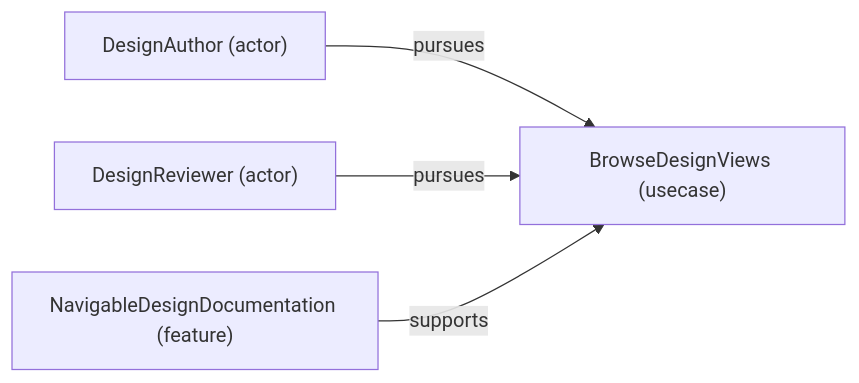
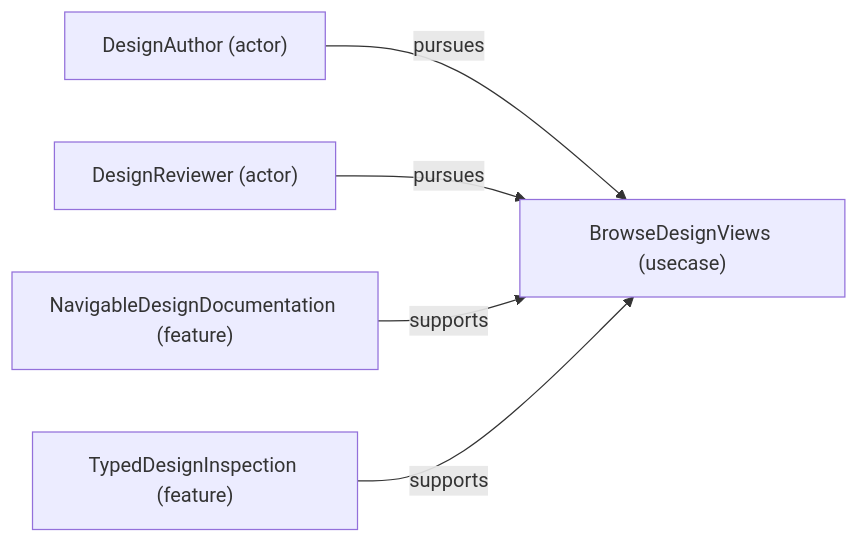
One commit to Hans-Einar/SDP changed the diagram in SDUI/design/viewpoints/diagrams/VP01-BrowseDesignViews.mmd. Above: the diagram before and after it, drawn with Mermaid. The commit also changed 38 other files, not shown here.

First line of the commit message:
[G6-D2] Plan level-based navigation and semantic diagram notation

```diff
--- a/SDUI/design/viewpoints/diagrams/VP01-BrowseDesignViews.mmd
+++ b/SDUI/design/viewpoints/diagrams/VP01-BrowseDesignViews.mmd
@@ -1,8 +1,10 @@
 flowchart LR
     n_BrowseDesignViews["BrowseDesignViews (usecase)"]
     n_DesignAuthor["DesignAuthor (actor)"]
     n_DesignReviewer["DesignReviewer (actor)"]
     n_NavigableDesignDocumentation["NavigableDesignDocumentation (feature)"]
+    n_TypedDesignInspection["TypedDesignInspection (feature)"]
     n_DesignAuthor -->|pursues| n_BrowseDesignViews
     n_DesignReviewer -->|pursues| n_BrowseDesignViews
     n_NavigableDesignDocumentation -->|supports| n_BrowseDesignViews
+    n_TypedDesignInspection -->|supports| n_BrowseDesignViews
```
